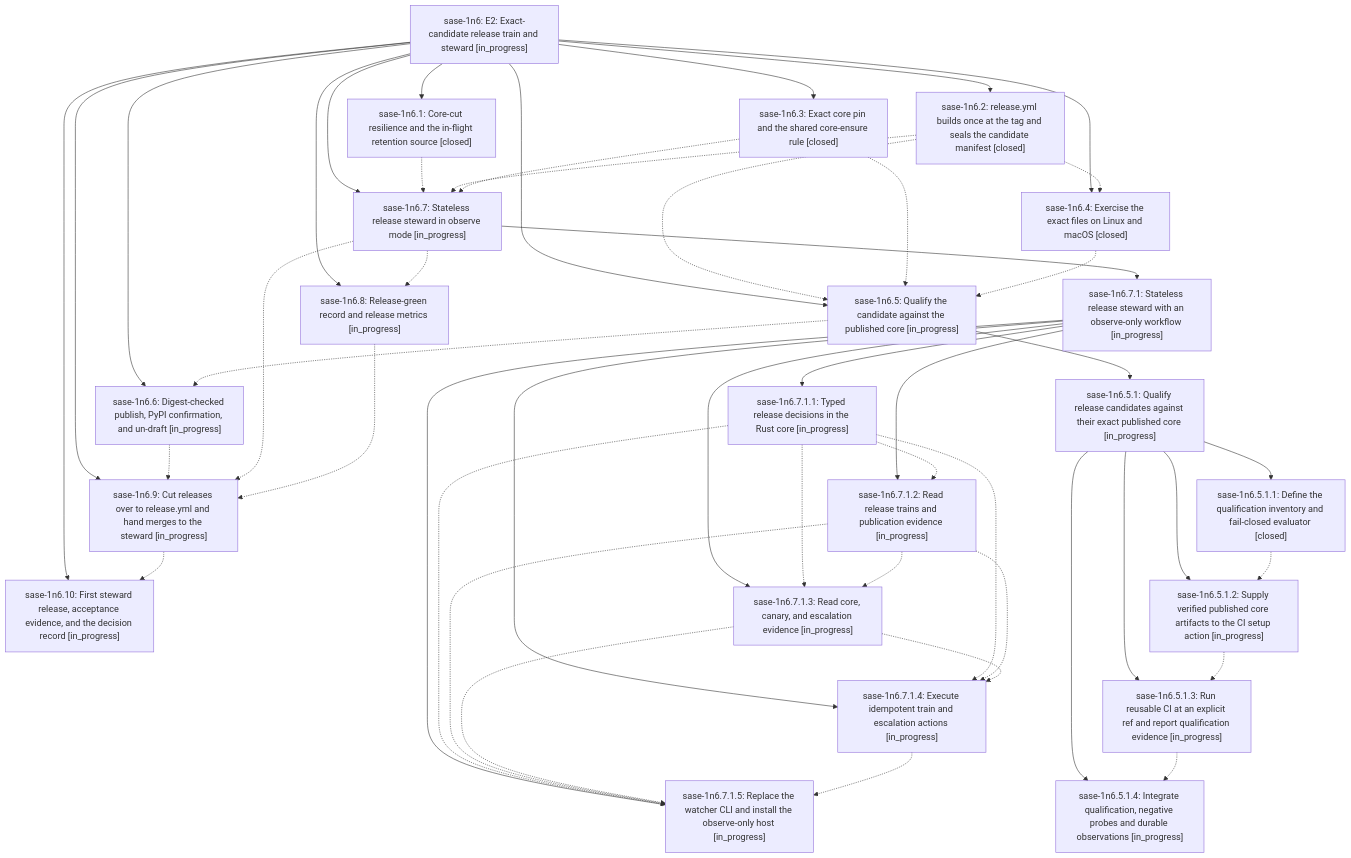
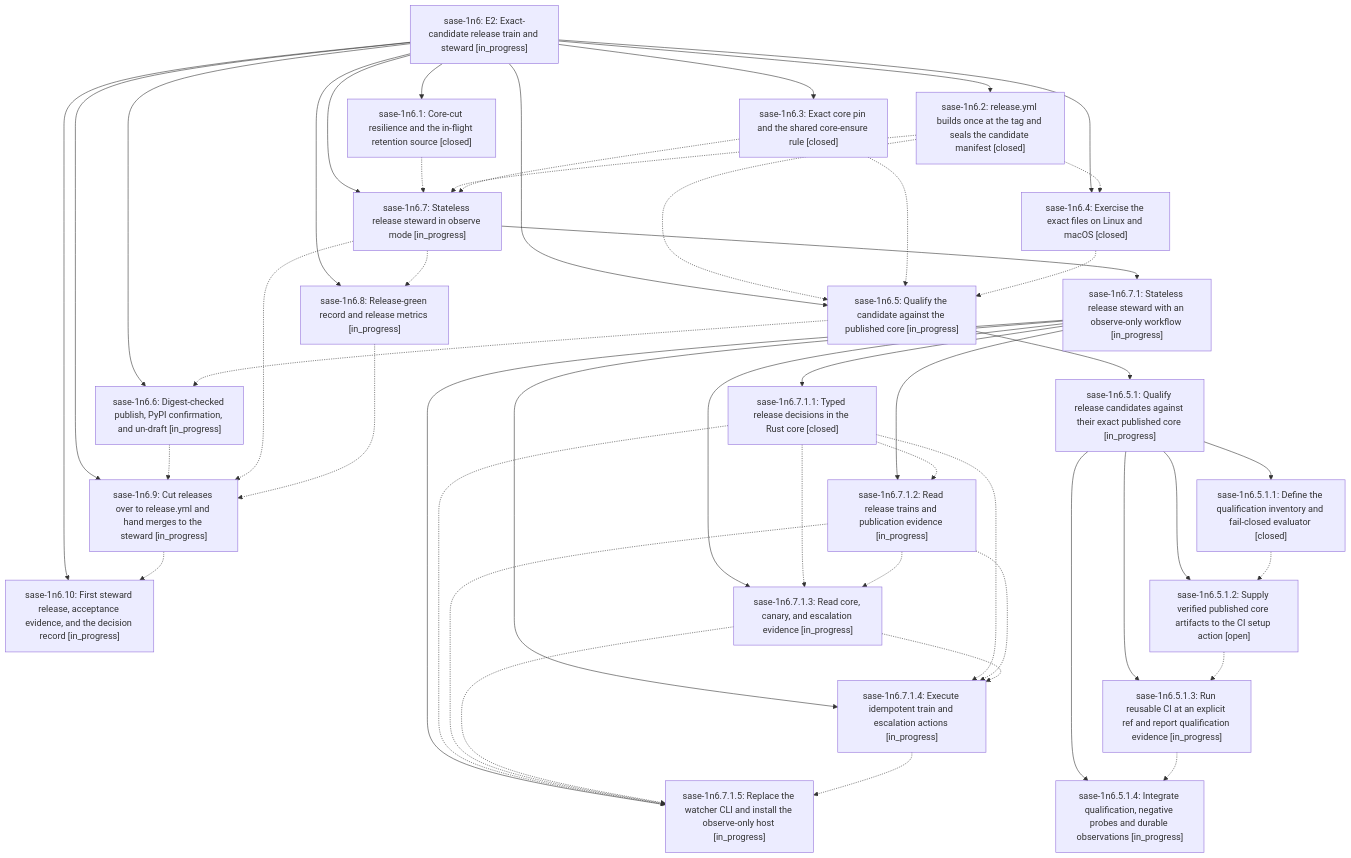
One commit to sase-org/sase--beads changed the diagram in pages/sase-1n6/README.md. Above: the diagram before and after it, drawn with Mermaid. The commit also changed other lines of this file and 11 other files, not shown here.

````diff
--- a/pages/sase-1n6/README.md
+++ b/pages/sase-1n6/README.md
@@ -43,72 +43,72 @@
 ```mermaid
 flowchart TD
     n0["sase-1n6: E2: Exact-candidate release train and steward [in_progress]"]
     n1["sase-1n6.1: Core-cut resilience and the in-flight retention source [closed]"]
     n2["sase-1n6.10: First steward release, acceptance evidence, and the decision record [in_progress]"]
     n3["sase-1n6.2: release.yml builds once at the tag and seals the candidate manifest [closed]"]
     n4["sase-1n6.3: Exact core pin and the shared core-ensure rule [closed]"]
     n5["sase-1n6.4: Exercise the exact files on Linux and macOS [closed]"]
     n6["sase-1n6.5: Qualify the candidate against the published core [in_progress]"]
     n7["sase-1n6.5.1: Qualify release candidates against their exact published core [in_progress]"]
     n8["sase-1n6.5.1.1: Define the qualification inventory and fail-closed evaluator [closed]"]
-    n9["sase-1n6.5.1.2: Supply verified published core artifacts to the CI setup action [in_progress]"]
+    n9["sase-1n6.5.1.2: Supply verified published core artifacts to the CI setup action [open]"]
     n10["sase-1n6.5.1.3: Run reusable CI at an explicit ref and report qualification evidence [in_progress]"]
     n11["sase-1n6.5.1.4: Integrate qualification, negative probes and durable observations [in_progress]"]
     n12["sase-1n6.6: Digest-checked publish, PyPI confirmation, and un-draft [in_progress]"]
     n13["sase-1n6.7: Stateless release steward in observe mode [in_progress]"]
     n14["sase-1n6.7.1: Stateless release steward with an observe-only workflow [in_progress]"]
-    n15["sase-1n6.7.1.1: Typed release decisions in the Rust core [in_progress]"]
+    n15["sase-1n6.7.1.1: Typed release decisions in the Rust core [closed]"]
     n16["sase-1n6.7.1.2: Read release trains and publication evidence [in_progress]"]
     n17["sase-1n6.7.1.3: Read core, canary, and escalation evidence [in_progress]"]
     n18["sase-1n6.7.1.4: Execute idempotent train and escalation actions [in_progress]"]
     n19["sase-1n6.7.1.5: Replace the watcher CLI and install the observe-only host [in_progress]"]
     n20["sase-1n6.8: Release-green record and release metrics [in_progress]"]
     n21["sase-1n6.9: Cut releases over to release.yml and hand merges to the steward [in_progress]"]
     n0 --> n1
     n0 --> n2
     n0 --> n3
     n0 --> n4
     n0 --> n5
     n0 --> n6
     n6 --> n7
     n7 --> n8
     n7 --> n9
     n7 --> n10
     n7 --> n11
     n0 --> n12
     n0 --> n13
     n13 --> n14
     n14 --> n15
     n14 --> n16
     n14 --> n17
     n14 --> n18
     n14 --> n19
     n0 --> n20
     n0 --> n21
     n1 -.-> n13
     n3 -.-> n5
     n3 -.-> n6
     n3 -.-> n13
     n4 -.-> n6
     n4 -.-> n13
     n5 -.-> n6
     n6 -.-> n12
     n8 -.-> n9
     n9 -.-> n10
     n10 -.-> n11
     n12 -.-> n21
     n13 -.-> n20
     n13 -.-> n21
     n15 -.-> n16
     n15 -.-> n17
     n15 -.-> n18
     n15 -.-> n19
     n16 -.-> n17
     n16 -.-> n18
     n16 -.-> n19
     n17 -.-> n18
     n17 -.-> n19
     n18 -.-> n19
     n20 -.-> n21
     n21 -.-> n2
 ```
````
